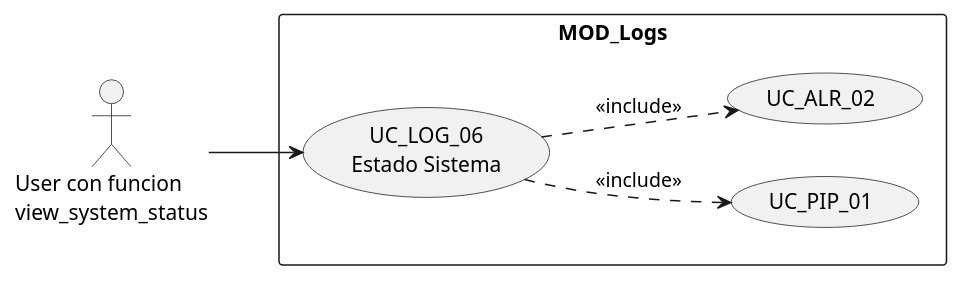
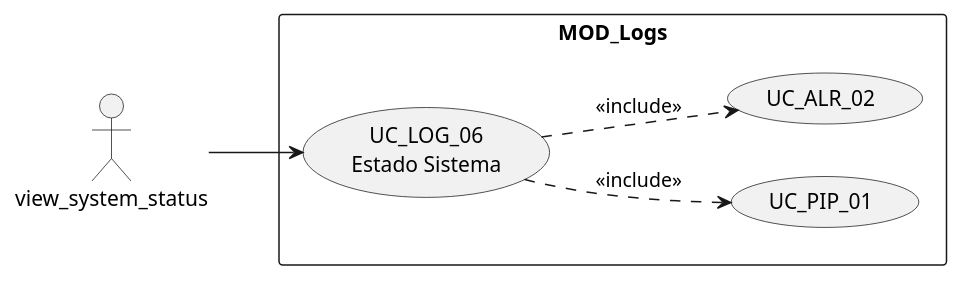
The first of 4 diagrams in source/requisitos/casos-uso/logs/uc-log-06/diagramas-uml.rst (jcg-admin/IACT-docs), drawn with PlantUML before and after one commit. The commit also changed 77 other files, not shown here.

First line of the commit message:
Enforce RBAC function names as actors in all UML diagrams

```diff
--- a/source/requisitos/casos-uso/logs/uc-log-06/diagramas-uml.rst
+++ b/source/requisitos/casos-uso/logs/uc-log-06/diagramas-uml.rst
@@ -10,14 +10,14 @@
 .. uml::
 
  @startuml
  left to right direction
- actor "User con funcion\nview_system_status" as USR
+ actor "view_system_status" as USR
  rectangle "MOD_Logs" {
    usecase "UC_LOG_06\nEstado Sistema" as UC06
    usecase "UC_PIP_01" as P
    usecase "UC_ALR_02" as A
  }
  USR --> UC06
  UC06 ..> P : <<include>>
  UC06 ..> A : <<include>>
  @enduml
```
